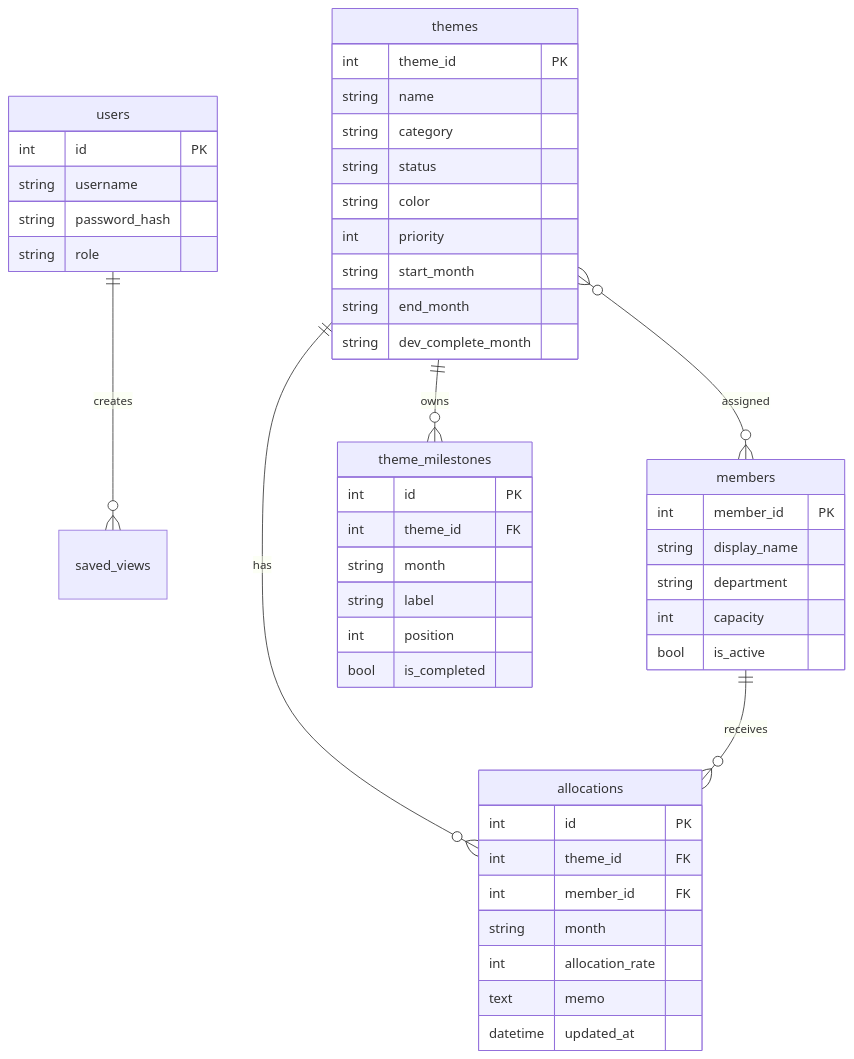
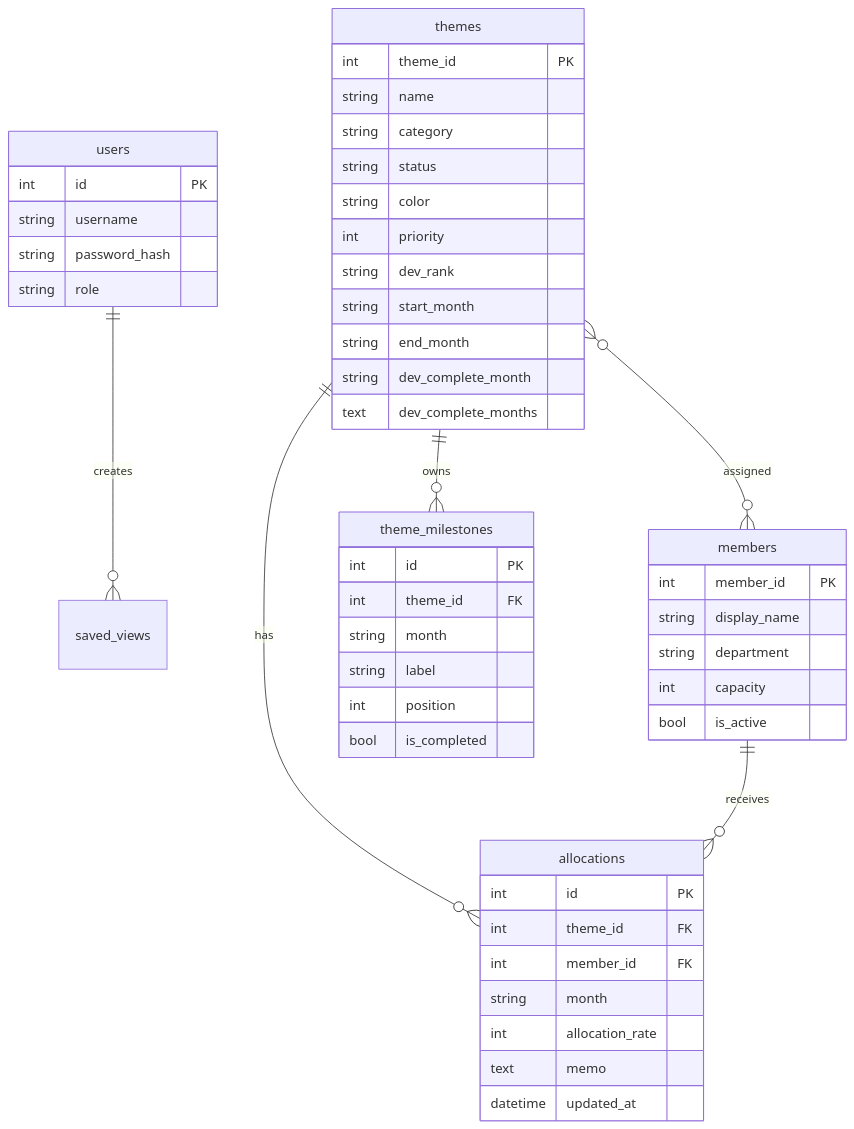
One commit to masakinakai3/Manage changed the fourth of 7 diagrams in SoftwareDesign.md. Above: the diagram before and after it, drawn with Mermaid. The commit also changed other lines of this file and 8 other files, not shown here.

````diff
--- a/SoftwareDesign.md
+++ b/SoftwareDesign.md
@@ -192,54 +192,56 @@
 ```mermaid
 erDiagram
     users ||--o{ saved_views : creates
     themes ||--o{ allocations : has
     members ||--o{ allocations : receives
     themes ||--o{ theme_milestones : owns
     themes }o--o{ members : assigned
 
     users {
         int id PK
         string username
         string password_hash
         string role
     }
 
     themes {
         int theme_id PK
         string name
         string category
         string status
         string color
         int priority
+        string dev_rank
         string start_month
         string end_month
         string dev_complete_month
+        text dev_complete_months
     }
 
     theme_milestones {
         int id PK
         int theme_id FK
         string month
         string label
         int position
         bool is_completed
     }
 
     members {
         int member_id PK
         string display_name
         string department
         int capacity
         bool is_active
     }
 
     allocations {
         int id PK
         int theme_id FK
         int member_id FK
         string month
         int allocation_rate
         text memo
         datetime updated_at
     }
 ```
````
